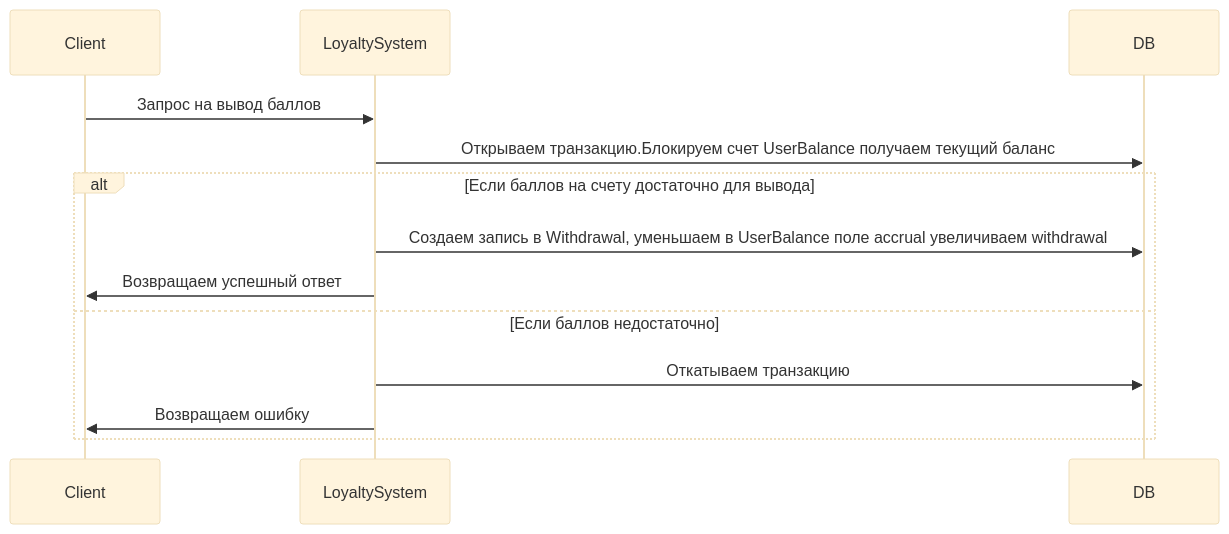
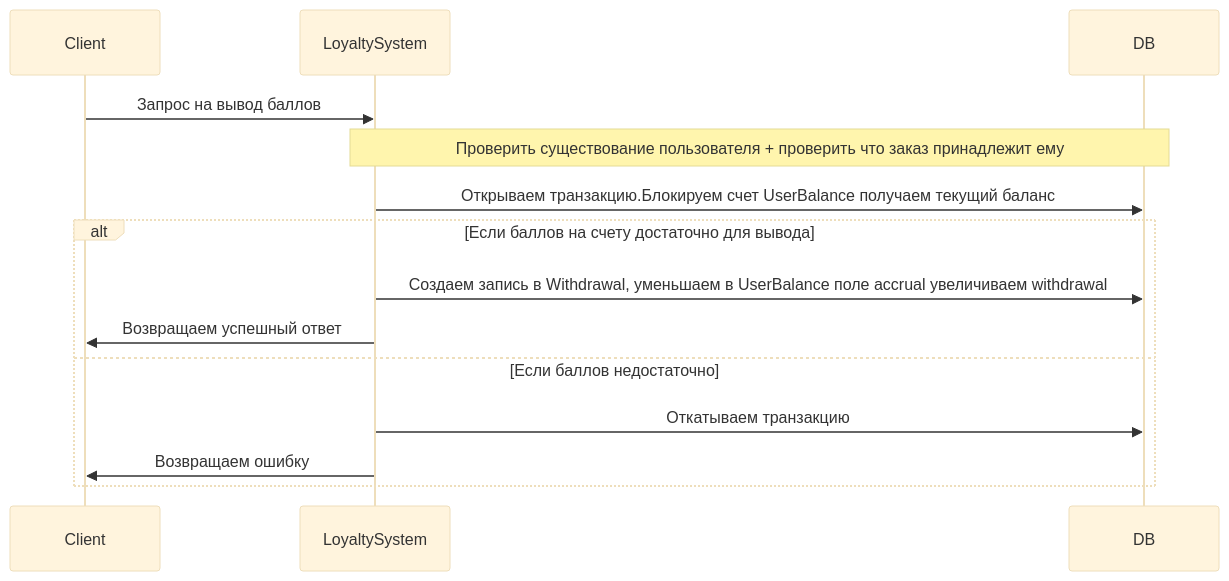
Before and after one commit to dcwk/gophermart: the third of 3 diagrams in README.md, drawn with Mermaid (base theme). The commit also changed other lines of this file, not shown here.

Commit message:
Исправил диаграммы по результатам 1-1

````diff
--- a/README.md
+++ b/README.md
@@ -79,16 +80,17 @@
 ```mermaid
 sequenceDiagram
     participant Client
     participant LoyaltySystem
     participant DB
     
     Client->>LoyaltySystem: Запрос на вывод баллов
+    Note over LoyaltySystem,DB: Проверить существование пользователя + проверить что заказ принадлежит ему
     LoyaltySystem->>DB: Открываем транзакцию.Блокируем счет UserBalance получаем текущий баланс
     alt Если баллов на счету достаточно для вывода
         LoyaltySystem->>DB: Создаем запись в Withdrawal, уменьшаем в UserBalance поле accrual увеличиваем withdrawal
         LoyaltySystem->>Client: Возвращаем успешный ответ
     else Если баллов недостаточно
         LoyaltySystem->>DB: Откатываем транзакцию
         LoyaltySystem->>Client: Возвращаем ошибку
     end
 ```
````
